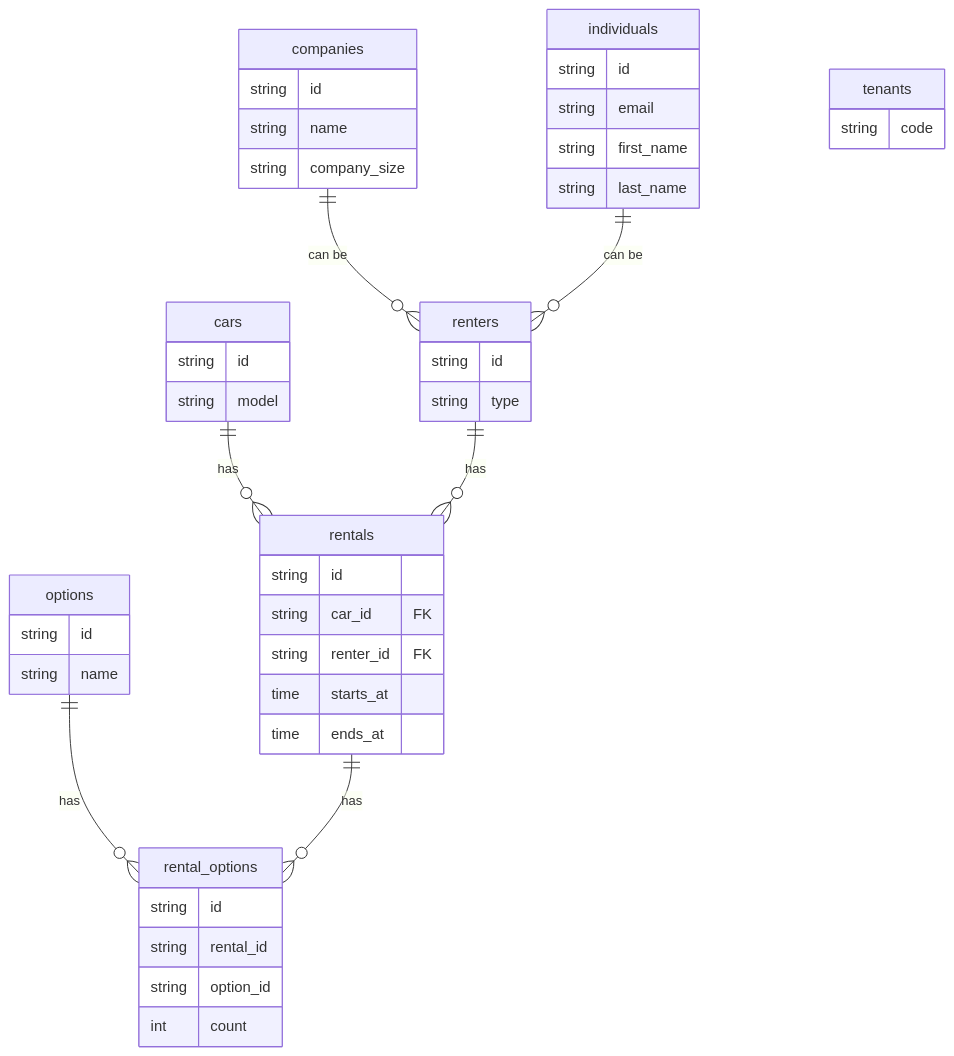
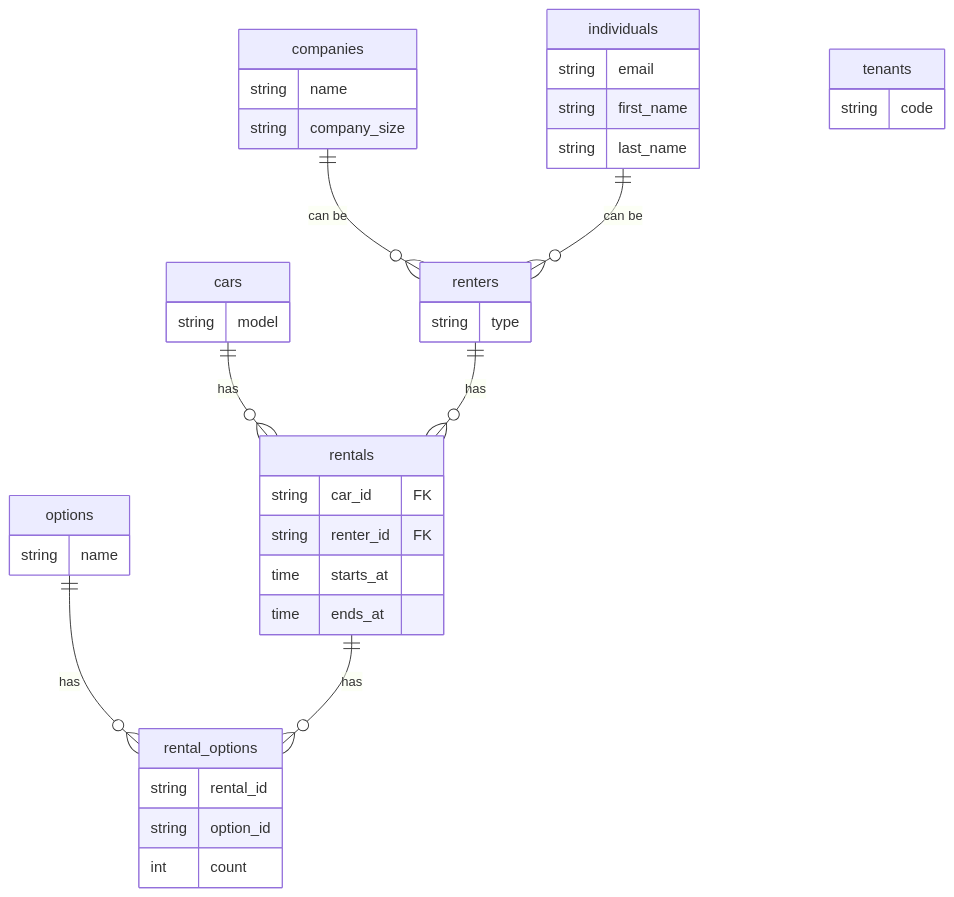
Before and after one commit to jp-ryuji/go-arch-patterns: the first of 2 diagrams in docs/er-diagram.md, drawn with Mermaid.

````diff
--- a/docs/er-diagram.md
+++ b/docs/er-diagram.md
@@ -13,56 +13,49 @@
 ```mermaid
 erDiagram
     companies ||--o{ renters : "can be"
     individuals ||--o{ renters : "can be"
     cars ||--o{ rentals : has
     renters ||--o{ rentals : has
     options ||--o{ rental_options : has
     rentals ||--o{ rental_options : has
 
     tenants {
         string code
     }
 
     companies {
-        string id
         string name
         string company_size
     }
 
     individuals {
-        string id
         string email
         string first_name
         string last_name
     }
 
     renters {
-        string id
         string type
     }
 
     cars {
-        string id
         string model
     }
 
     rentals {
-        string id
         string car_id "FK"
         string renter_id "FK"
         time starts_at
         time ends_at
     }
 
     options {
-        string id
         string name
     }
 
     rental_options {
-        string id
         string rental_id
         string option_id
         int count
     }
 ```
````
